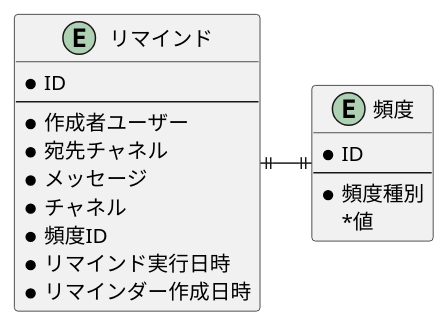
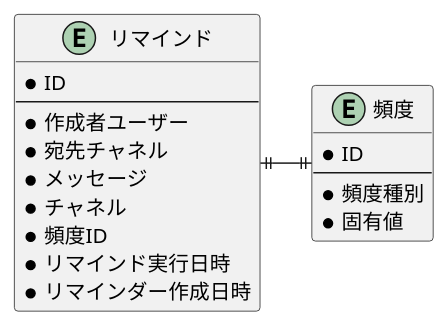
The diagram in DB/04/work/ER.puml (yudai64/PrAha-Challenge), drawn with PlantUML before and after one commit. The commit also changed 2 other files, not shown here.

```diff
--- a/DB/04/work/ER.puml
+++ b/DB/04/work/ER.puml
@@ -1,25 +1,25 @@
 @startuml
 
 entity "リマインド" {
     *ID
     --
     *作成者ユーザー
     *宛先チャネル
     *メッセージ
     *チャネル
     *頻度ID
     *リマインド実行日時
     *リマインダー作成日時
 }
 
 entity "頻度" {
     *ID
     --
     *頻度種別
-    *値
+    *固有値
 }
 
 
 リマインド ||-r-|| 頻度
 
 @enduml
```
